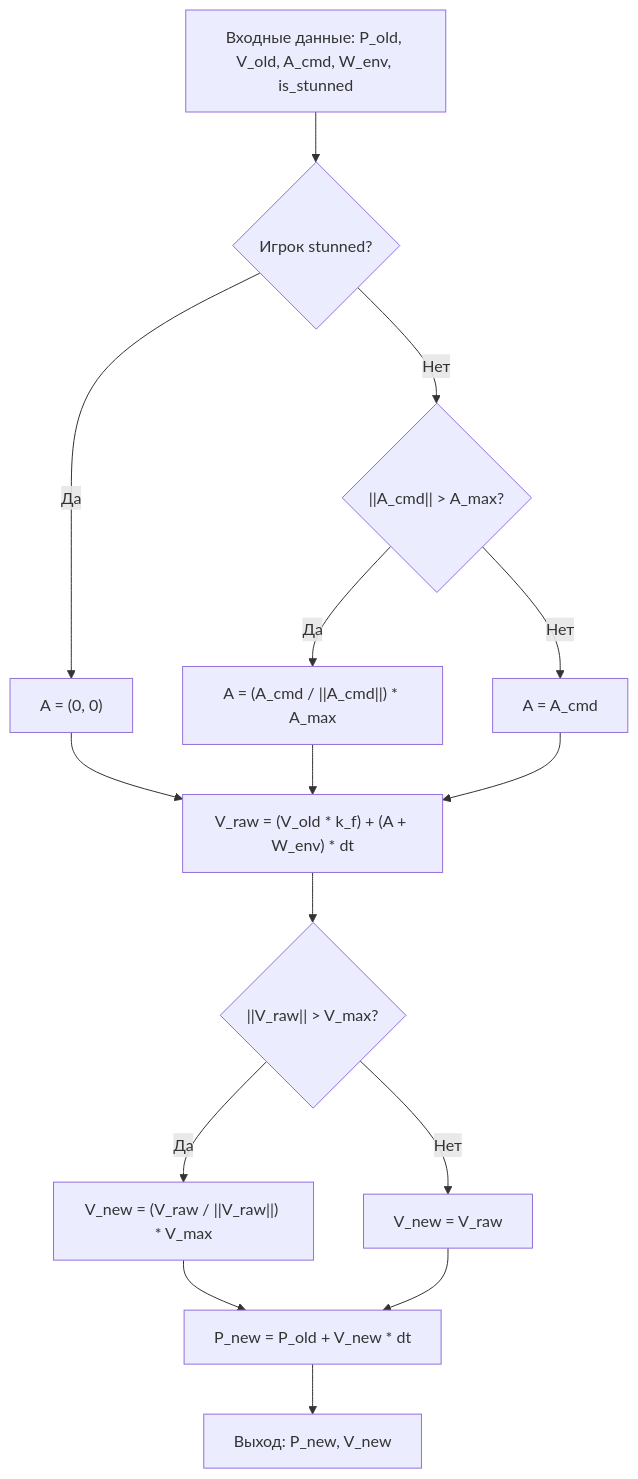
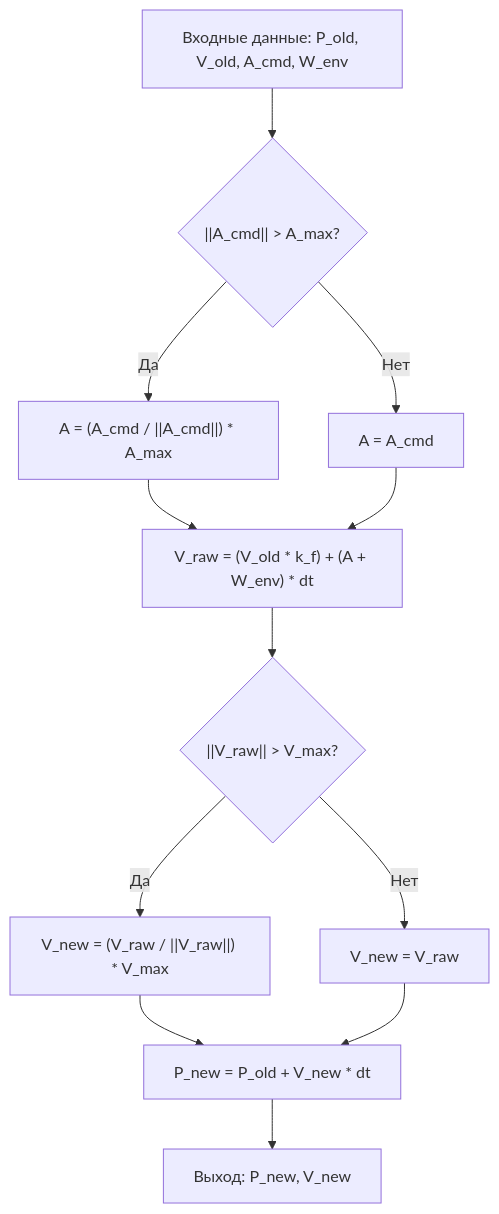
The diagram in docs/features/FE-002-euler-physics-engine.md (bytadaniel/open-datsmagic), drawn with Mermaid before and after one commit. The commit also changed other lines of this file and 140 other files, not shown here.

````diff
--- a/docs/features/FE-002-euler-physics-engine.md
+++ b/docs/features/FE-002-euler-physics-engine.md
@@ -44,17 +46,14 @@
 ```mermaid
 flowchart TD
-    A["Входные данные: P_old, V_old, A_cmd, W_env, is_stunned"] --> B{"Игрок stunned?"}
-    B -- Да --> C["A = (0, 0)"]
-    B -- Нет --> D{"||A_cmd|| > A_max?"}
-    D -- Да --> E["A = (A_cmd / ||A_cmd||) * A_max"]
-    D -- Нет --> F["A = A_cmd"]
-    C --> G["V_raw = (V_old * k_f) + (A + W_env) * dt"]
-    E --> G
-    F --> G
-    G --> H{"||V_raw|| > V_max?"}
-    H -- Да --> I["V_new = (V_raw / ||V_raw||) * V_max"]
-    H -- Нет --> J["V_new = V_raw"]
-    I --> K["P_new = P_old + V_new * dt"]
-    J --> K
-    K --> L["Выход: P_new, V_new"]
+    A["Входные данные: P_old, V_old, A_cmd, W_env"] --> B{"||A_cmd|| > A_max?"}
+    B -- Да --> C["A = (A_cmd / ||A_cmd||) * A_max"]
+    B -- Нет --> D["A = A_cmd"]
+    C --> E["V_raw = (V_old * k_f) + (A + W_env) * dt"]
+    D --> E
+    E --> F{"||V_raw|| > V_max?"}
+    F -- Да --> G["V_new = (V_raw / ||V_raw||) * V_max"]
+    F -- Нет --> H["V_new = V_raw"]
+    G --> I["P_new = P_old + V_new * dt"]
+    H --> I
+    I --> J["Выход: P_new, V_new"]
 ```
````
